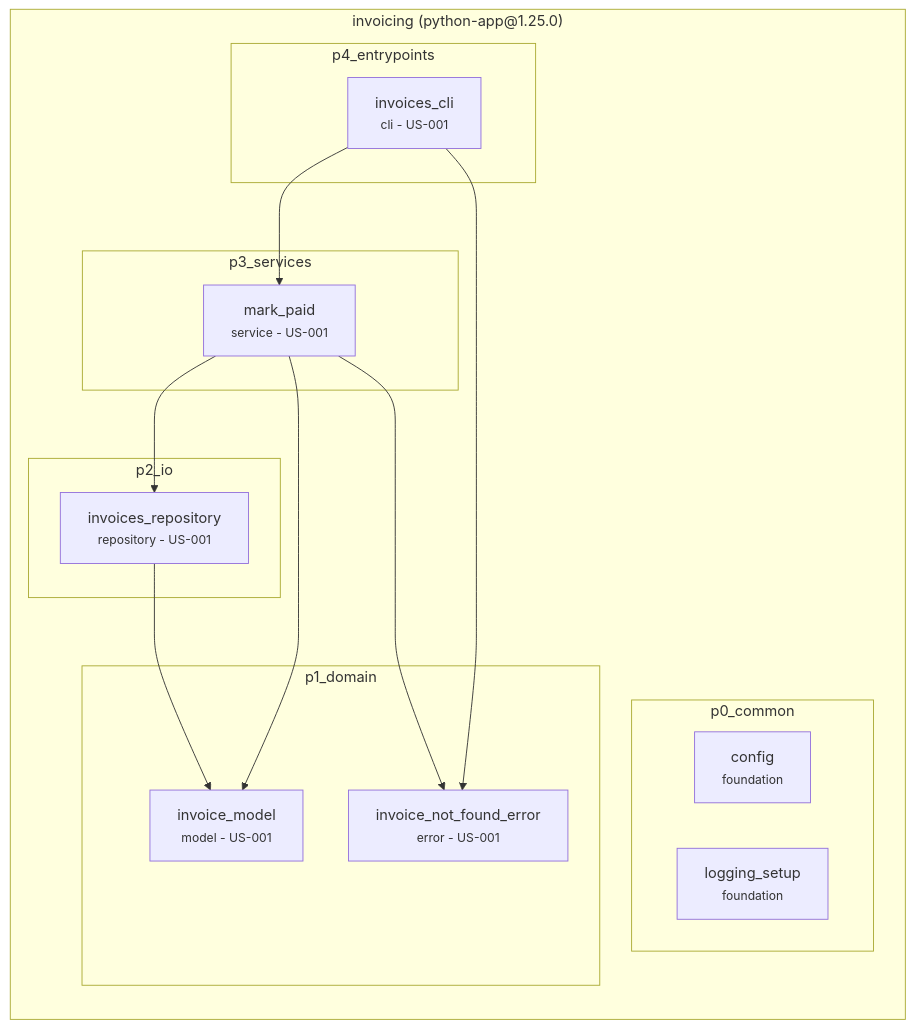
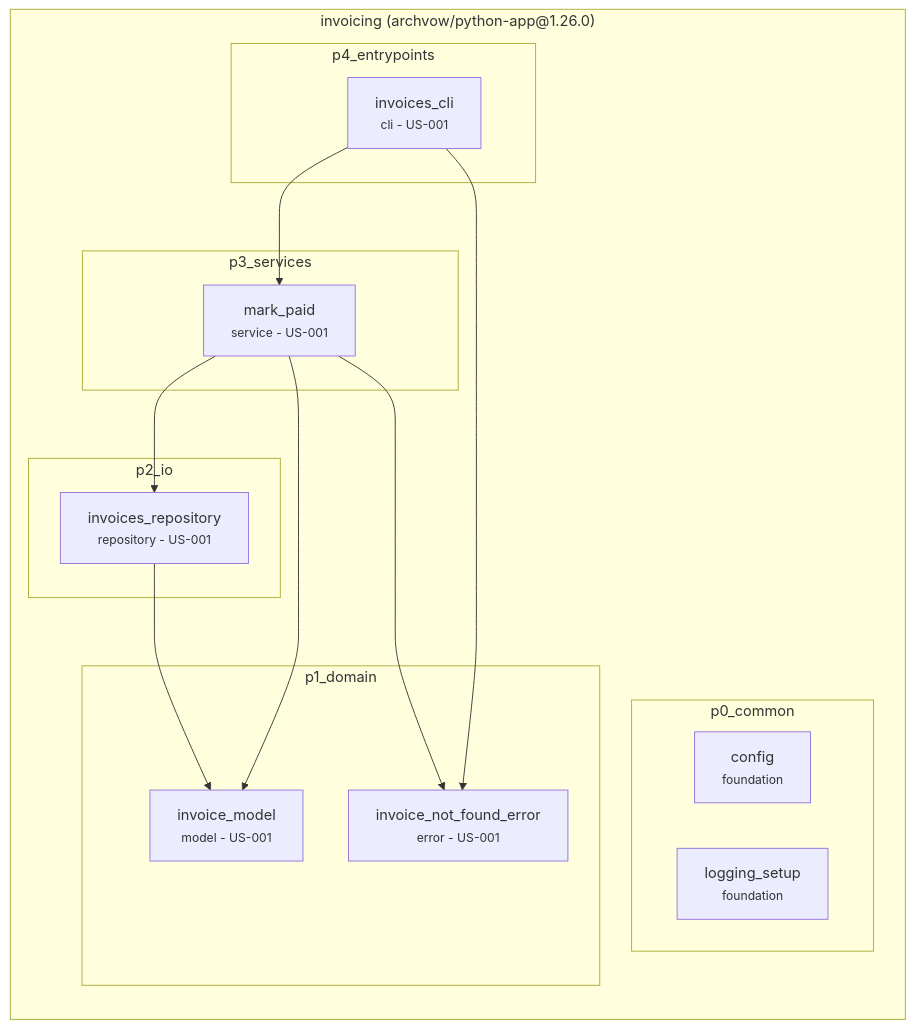
One commit to archvow/archvow-plugin changed the diagram in contract/archvow/examples/python-app/.archvow/spec.md. Above: the diagram before and after it, drawn with Mermaid. The commit also changed other lines of this file and 163 other files, not shown here.

````diff
--- a/contract/archvow/examples/python-app/.archvow/spec.md
+++ b/contract/archvow/examples/python-app/.archvow/spec.md
@@ -11,30 +11,30 @@
 ```mermaid
 flowchart TB
-  subgraph invoicing["invoicing (python-app@1.25.0)"]
+  subgraph invoicing["invoicing (archvow/python-app@1.26.0)"]
     direction TB
     subgraph invoicing__p0_common["p0_common"]
       invoicing__config["config<br/><small>foundation</small>"]
       invoicing__logging_setup["logging_setup<br/><small>foundation</small>"]
     end
     subgraph invoicing__p1_domain["p1_domain"]
       invoicing__invoice_model["invoice_model<br/><small>model - US-001</small>"]
       invoicing__invoice_not_found_error["invoice_not_found_error<br/><small>error - US-001</small>"]
     end
     subgraph invoicing__p2_io["p2_io"]
       invoicing__invoices_repository["invoices_repository<br/><small>repository - US-001</small>"]
     end
     subgraph invoicing__p3_services["p3_services"]
       invoicing__mark_paid["mark_paid<br/><small>service - US-001</small>"]
     end
     subgraph invoicing__p4_entrypoints["p4_entrypoints"]
       invoicing__invoices_cli["invoices_cli<br/><small>cli - US-001</small>"]
     end
   end
   invoicing__invoices_repository --> invoicing__invoice_model
   invoicing__mark_paid --> invoicing__invoice_model
   invoicing__mark_paid --> invoicing__invoice_not_found_error
   invoicing__mark_paid --> invoicing__invoices_repository
   invoicing__invoices_cli --> invoicing__mark_paid
   invoicing__invoices_cli --> invoicing__invoice_not_found_error
   classDef empty fill:none,stroke:none
 ```
````
